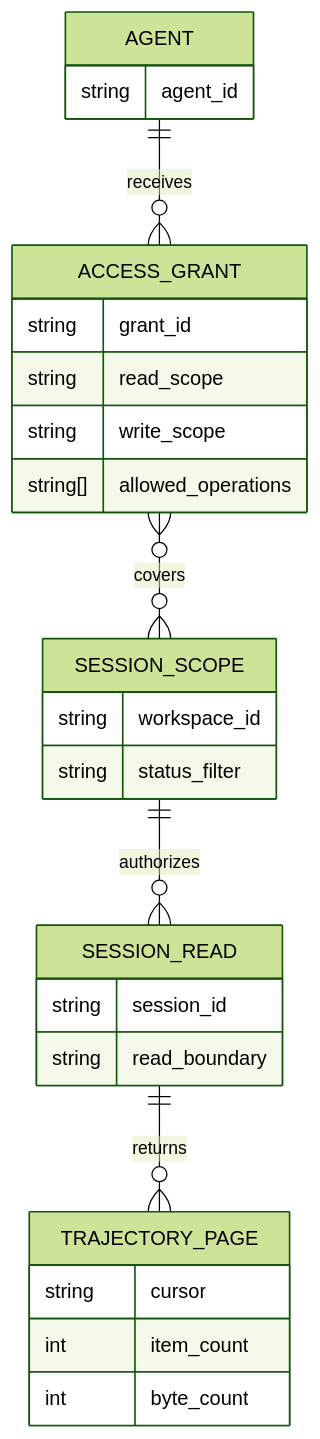
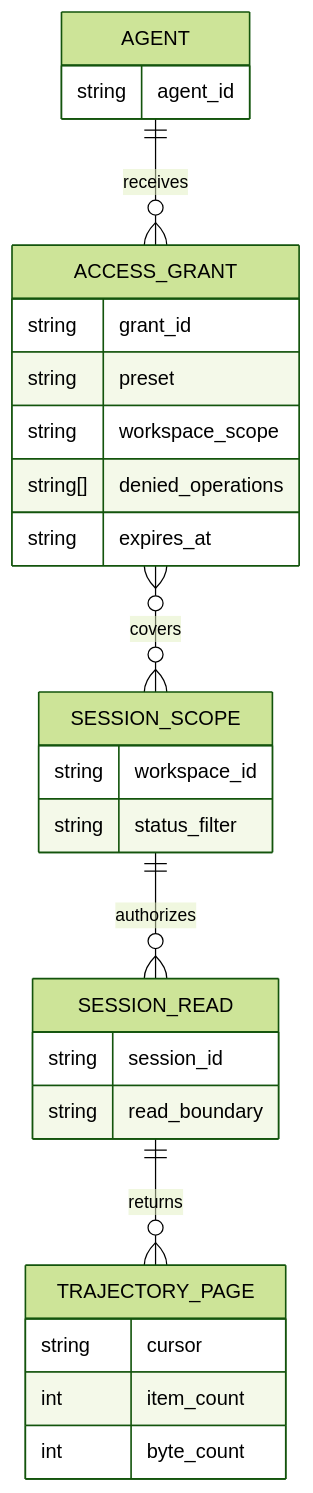
The second of 2 diagrams in plans/agent-session-history.md (astahmer/dshfiles), drawn with Mermaid (forest theme) before and after one commit. The commit also changed other lines of this file, not shown here.

````diff
--- a/plans/agent-session-history.md
+++ b/plans/agent-session-history.md
@@ -138,30 +144,31 @@
 ```mermaid
 erDiagram
     AGENT ||--o{ ACCESS_GRANT : receives
     ACCESS_GRANT }o--o{ SESSION_SCOPE : covers
     SESSION_SCOPE ||--o{ SESSION_READ : authorizes
     SESSION_READ ||--o{ TRAJECTORY_PAGE : returns
 
     AGENT {
         string agent_id
     }
     ACCESS_GRANT {
         string grant_id
-        string read_scope
-        string write_scope
-        string[] allowed_operations
+        string preset
+        string workspace_scope
+        string[] denied_operations
+        string expires_at
     }
     SESSION_SCOPE {
         string workspace_id
         string status_filter
     }
     SESSION_READ {
         string session_id
         string read_boundary
     }
     TRAJECTORY_PAGE {
         string cursor
         int item_count
         int byte_count
     }
 ```
````
